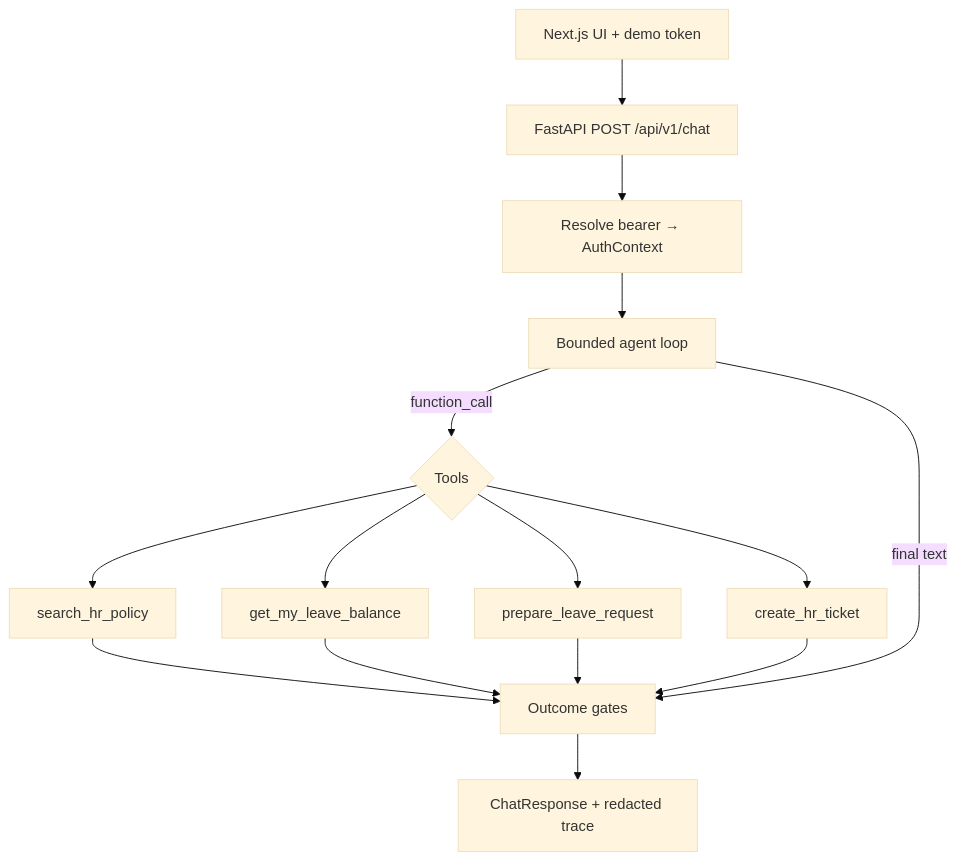
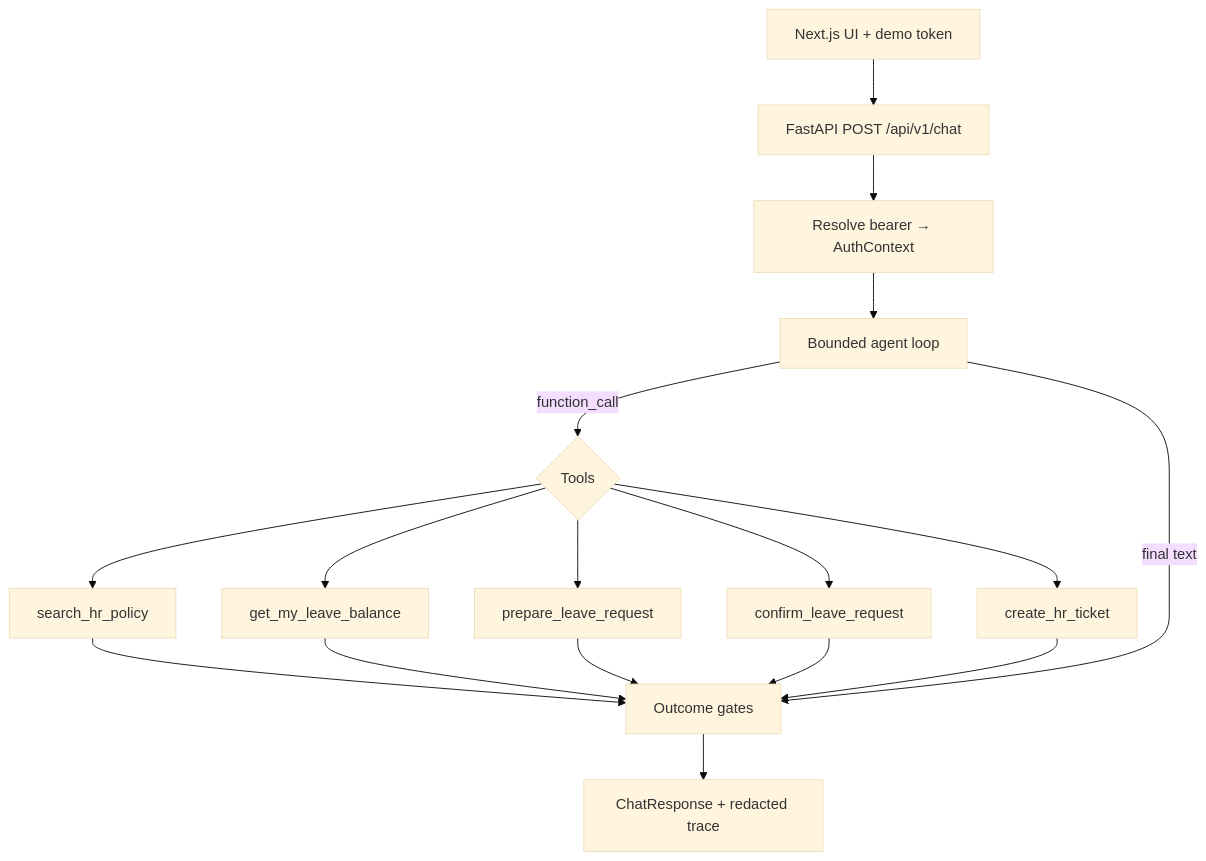
The first of 6 diagrams in docs/project-guide.md (haniialfiyyaah/hr-assistant), drawn with Mermaid (base theme) before and after one commit. The commit also changed other lines of this file and 5 other files, not shown here.

````diff
--- a/docs/project-guide.md
+++ b/docs/project-guide.md
@@ -61,17 +61,19 @@
 ```mermaid
 flowchart TB
   UI[Next.js UI + demo token] --> API[FastAPI POST /api/v1/chat]
   API --> Auth[Resolve bearer → AuthContext]
   Auth --> Agent[Bounded agent loop]
   Agent -->|function_call| Tools{Tools}
   Tools --> RAG[search_hr_policy]
   Tools --> Bal[get_my_leave_balance]
   Tools --> Prep[prepare_leave_request]
+  Tools --> ConfirmTool[confirm_leave_request]
   Tools --> Ticket[create_hr_ticket]
   RAG --> Gate[Outcome gates]
   Bal --> Gate
   Prep --> Gate
+  ConfirmTool --> Gate
   Ticket --> Gate
   Agent -->|final text| Gate
   Gate --> Out[ChatResponse + redacted trace]
 ```
````
